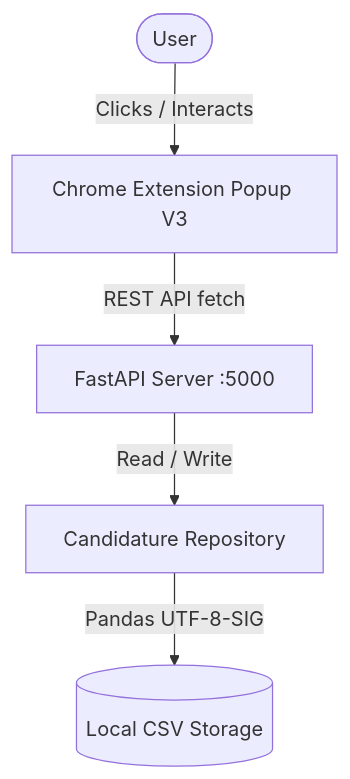
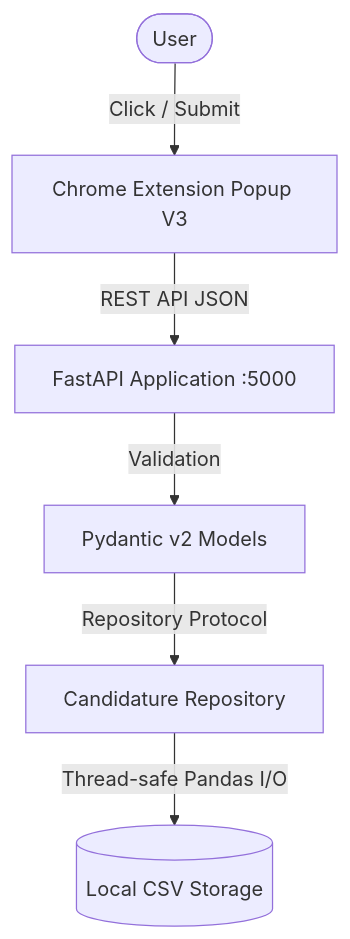
Before and after one commit to loic-xu/job-tracker: the diagram in README.md, drawn with Mermaid. The commit also changed other lines of this file, not shown here.

````diff
--- a/README.md
+++ b/README.md
@@ -13,7 +15,8 @@
 ```mermaid
 graph TD
-    User([User]) -->|Clicks / Interacts| Popup[Chrome Extension Popup V3]
-    Popup -->|REST API fetch| Server[FastAPI Server :5000]
-    Server -->|Read / Write| Repository[Candidature Repository]
-    Repository -->|Pandas UTF-8-SIG| CSV[(Local CSV Storage)]
+    User([User]) -->|Click / Submit| Popup[Chrome Extension Popup V3]
+    Popup -->|REST API JSON| Server[FastAPI Application :5000]
+    Server -->|Validation| Pydantic[Pydantic v2 Models]
+    Pydantic -->|Repository Protocol| Repo[Candidature Repository]
+    Repo -->|Thread-safe Pandas I/O| CSV[(Local CSV Storage)]
 ```
````
